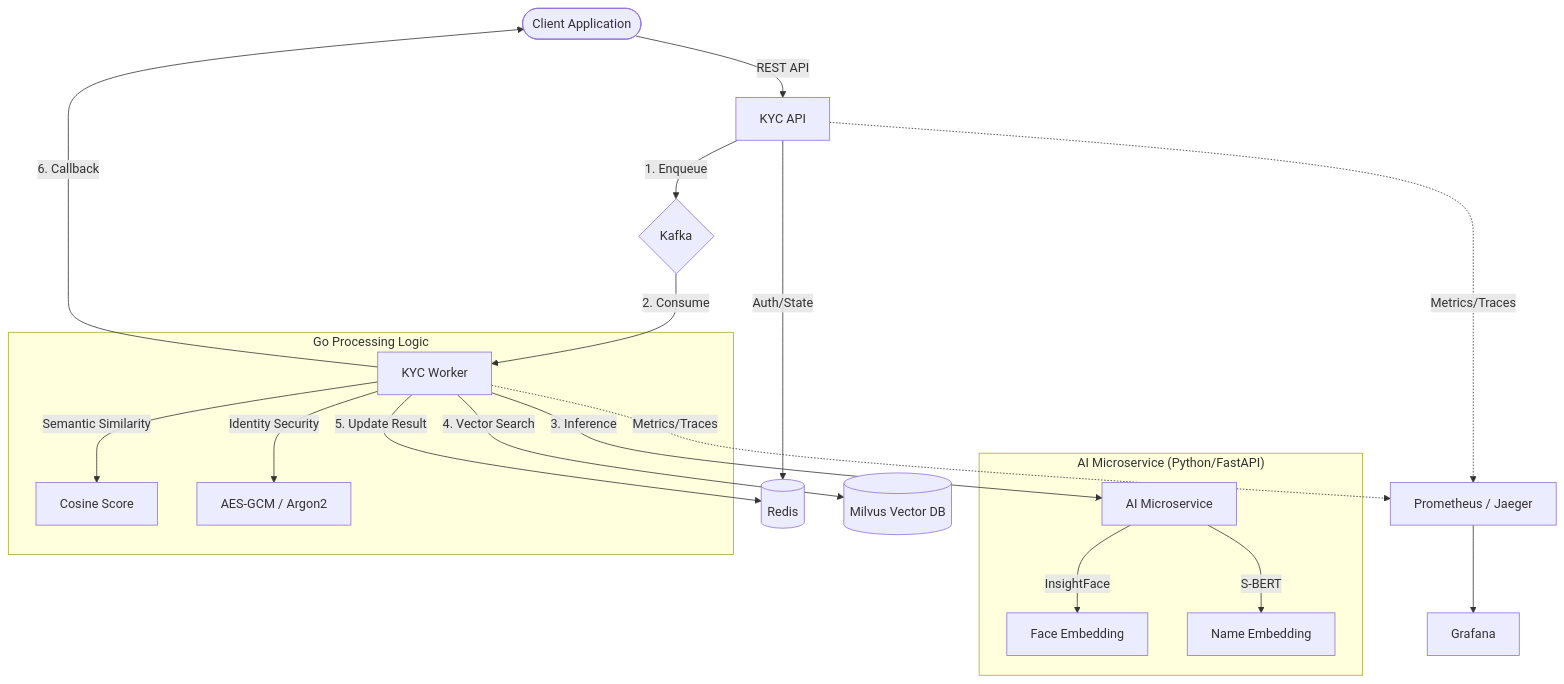
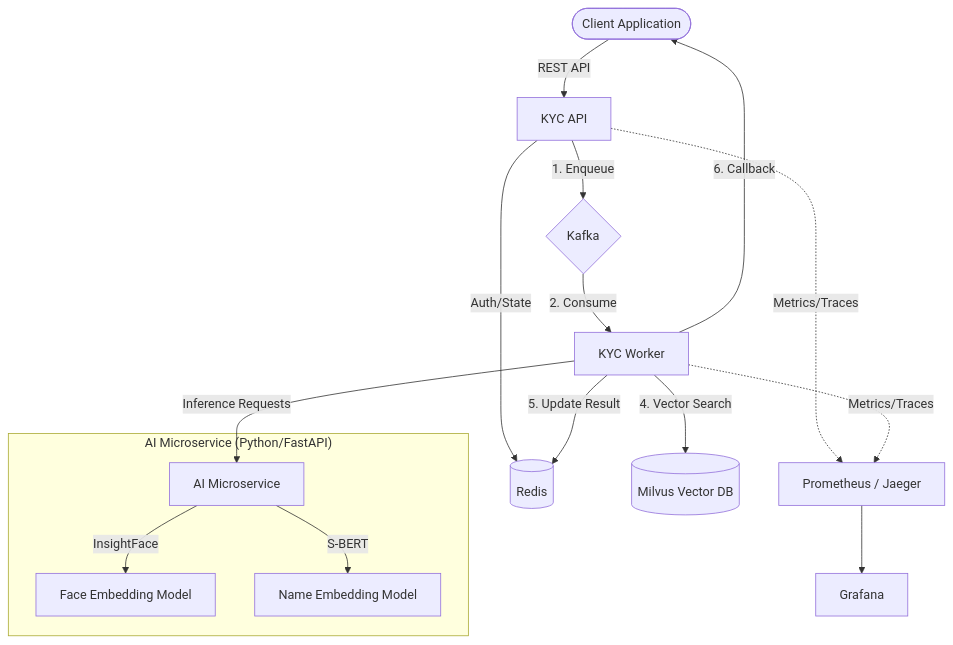
Before and after one commit to Vk1033/goverify-engine: the diagram in README.md, drawn with Mermaid. The commit also changed other lines of this file and 1 other file, not shown here.

Commit message:
docs: update architectural documentation and diagrams to reflect multi-modal verification and demographic hashing implementation.

````diff
--- a/README.md
+++ b/README.md
@@ -29,35 +30,29 @@
 ```mermaid
 graph TD
     %% External
     Client([Client Application]) -->|REST API| API[KYC API]
     API -->|Auth/State| Redis[(Redis)]
     
     %% Orchestration
     API -->|1. Enqueue| Kafka{Kafka}
     Kafka -->|2. Consume| Worker[KYC Worker]
     
     %% Processing
-    Worker -->|3. Inference| AI[AI Microservice]
+    Worker -->|Inference Requests| AI[AI Microservice]
     subgraph "AI Microservice (Python/FastAPI)"
-        AI -->|InsightFace| FaceModel[Face Embedding]
-        AI -->|S-BERT| NameModel[Name Embedding]
-    end
-    
-    %% Business Logic
-    subgraph "Go Processing Logic"
-        Worker -->|Semantic Similarity| Cosine[Cosine Score]
-        Worker -->|Identity Security| AES[AES-GCM / Argon2]
+        AI -->|InsightFace| FaceModel[Face Embedding Model]
+        AI -->|S-BERT| NameModel[Name Embedding Model]
     end
     
     %% Data Store
     Worker -->|4. Vector Search| Milvus[(Milvus Vector DB)]
     
     %% Status & Callbacks
     Worker -->|5. Update Result| Redis
     Worker -->|6. Callback| Client
     
     %% Observability
     API -.->|Metrics/Traces| Prom[Prometheus / Jaeger]
     Worker -.->|Metrics/Traces| Prom
     Prom --> Grafana[Grafana]
 ```
````
